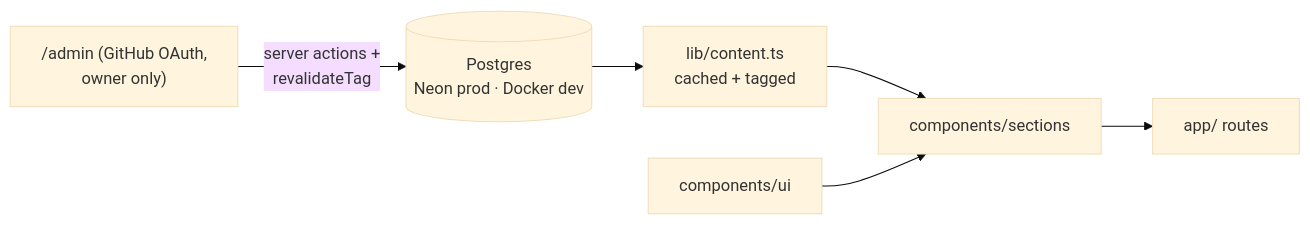
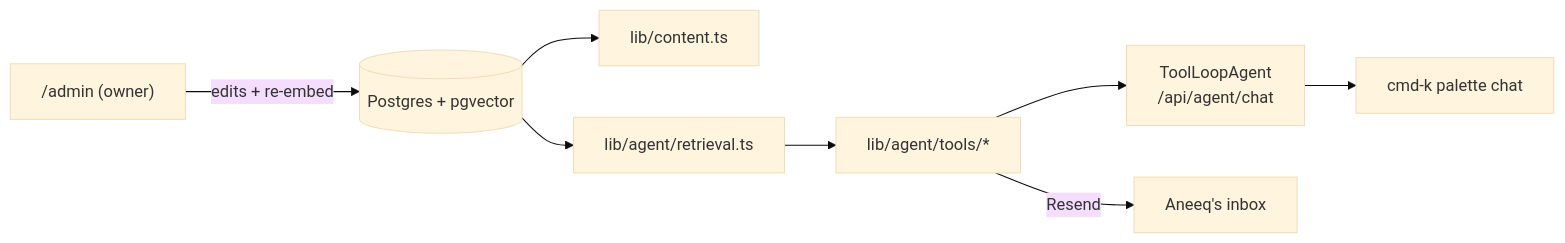
Before and after one commit to HassanA01/new-portfolio: the diagram in README.md, drawn with Mermaid (base theme). The commit also changed other lines of this file and 1 other file, not shown here.

Commit message:
docs(#23): document agent architecture and embed workflow

````diff
--- a/README.md
+++ b/README.md
@@ -50,8 +52,10 @@
 ```mermaid
 graph LR
-  N[(Postgres<br/>Neon prod · Docker dev)] --> C[lib/content.ts<br/>cached + tagged]
-  A["/admin (GitHub OAuth,<br/>owner only)"] -->|server actions +<br/>revalidateTag| N
-  C --> S[components/sections]
-  U[components/ui] --> S
-  S --> P["app/ routes"]
+  N[(Postgres + pgvector)] --> C[lib/content.ts]
+  N --> R[lib/agent/retrieval.ts]
+  T[lib/agent/tools/*] --> AG[ToolLoopAgent<br/>/api/agent/chat]
+  R --> T
+  AG --> K[cmd-k palette chat]
+  A["/admin (owner)"] -->|edits + re-embed| N
+  T -->|Resend| M[Aneeq's inbox]
 ```
````
